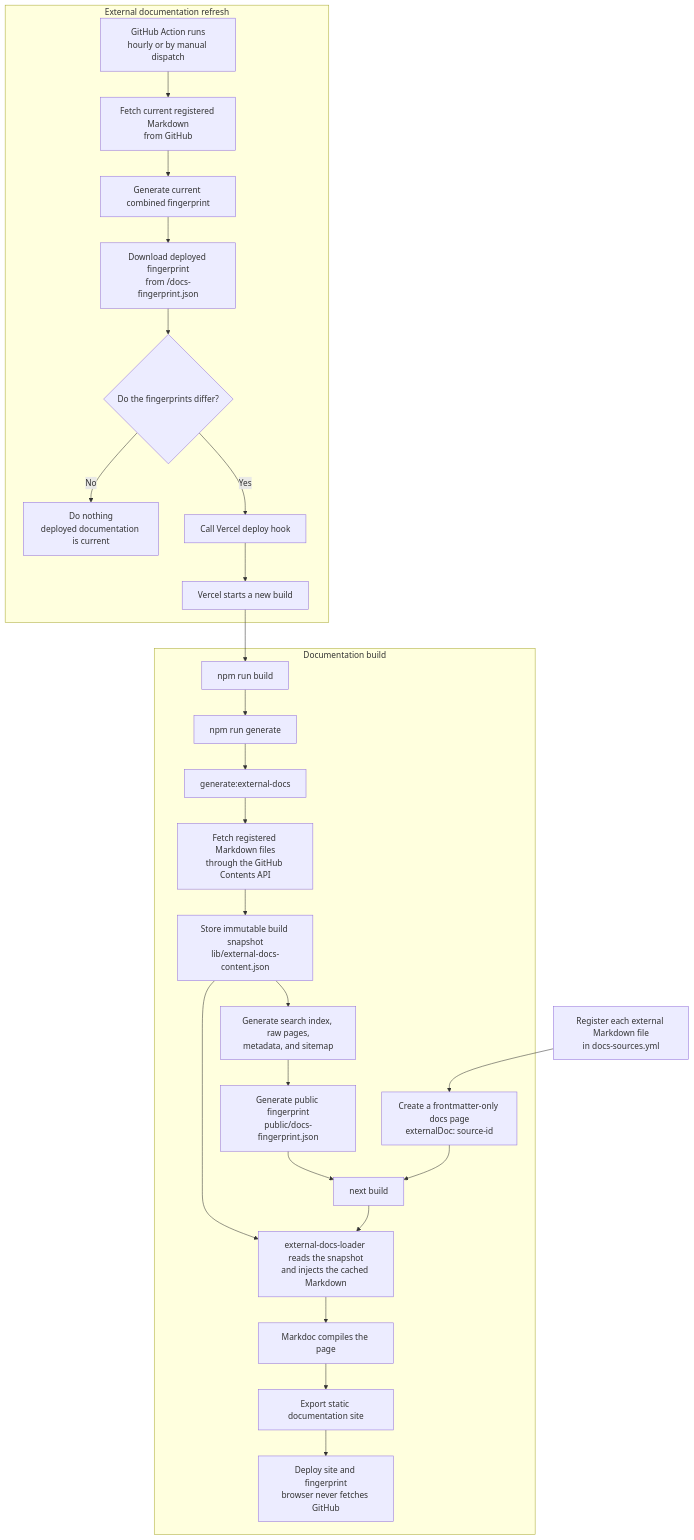
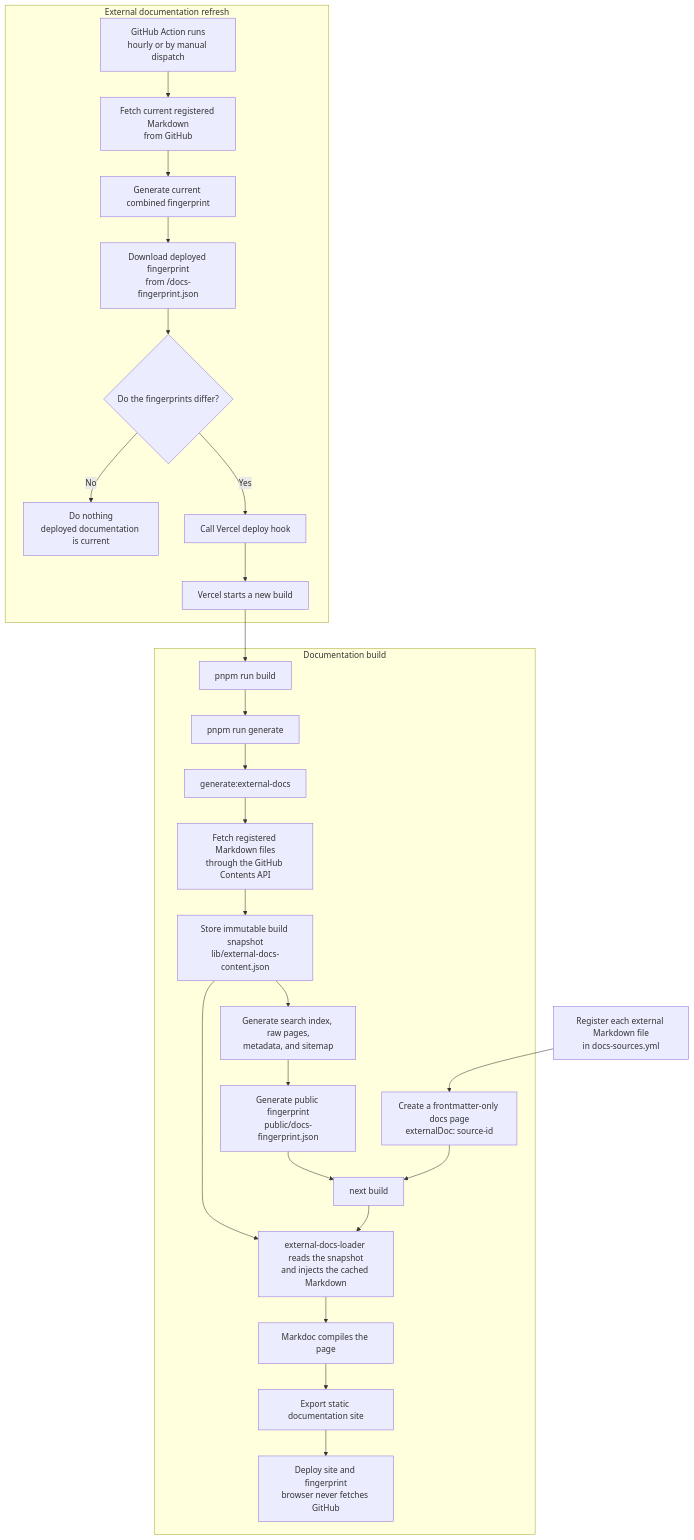
One commit to hypercerts-org/documentation changed the diagram in docs/remote-markdown.md. Above: the diagram before and after it, drawn with Mermaid. The commit also changed other lines of this file and 1 other file, not shown here.

````diff
--- a/docs/remote-markdown.md
+++ b/docs/remote-markdown.md
@@ -7,37 +7,37 @@
 ```mermaid
 flowchart TD
     A["Register each external Markdown file<br/>in docs-sources.yml"]
     A --> B["Create a frontmatter-only docs page<br/>externalDoc: source-id"]
 
     subgraph Build["Documentation build"]
-        C["npm run build"]
-        C --> D["npm run generate"]
+        C["pnpm run build"]
+        C --> D["pnpm run generate"]
         D --> E["generate:external-docs"]
         E --> F["Fetch registered Markdown files<br/>through the GitHub Contents API"]
         F --> G["Store immutable build snapshot<br/>lib/external-docs-content.json"]
         G --> H["Generate search index, raw pages,<br/>metadata, and sitemap"]
         H --> I["Generate public fingerprint<br/>public/docs-fingerprint.json"]
         I --> J["next build"]
 
         B --> J
         G --> K["external-docs-loader reads the snapshot<br/>and injects the cached Markdown"]
         J --> K
         K --> L["Markdoc compiles the page"]
         L --> M["Export static documentation site"]
         M --> N["Deploy site and fingerprint<br/>browser never fetches GitHub"]
     end
 
     subgraph Refresh["External documentation refresh"]
         O["GitHub Action runs<br/>hourly or by manual dispatch"]
         O --> P["Fetch current registered Markdown<br/>from GitHub"]
         P --> Q["Generate current combined fingerprint"]
         Q --> R["Download deployed fingerprint<br/>from /docs-fingerprint.json"]
         R --> S{"Do the fingerprints differ?"}
 
         S -->|No| T["Do nothing<br/>deployed documentation is current"]
         S -->|Yes| U["Call Vercel deploy hook"]
         U --> V["Vercel starts a new build"]
     end
 
     V --> C
 ```
````
